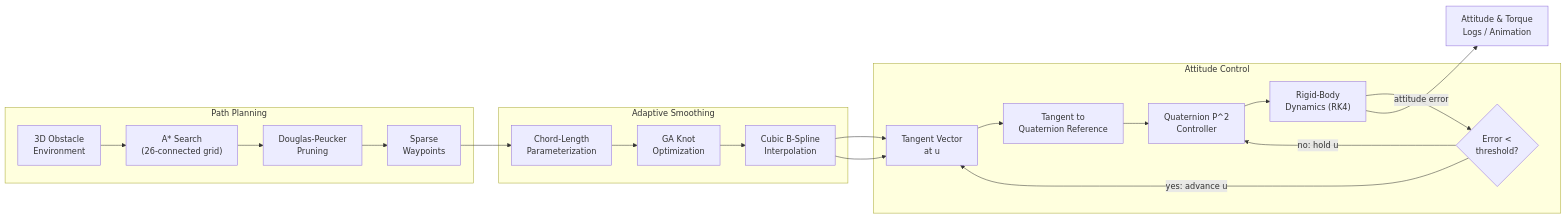
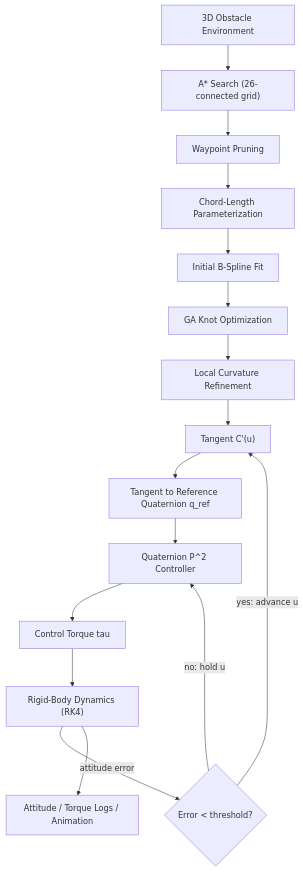
One commit to vignes-vm/Drones_S5_CD8_Adaptive_BSpline_Smoothing_and_Attitude_Control changed the first of 2 diagrams in README.md. Above: the diagram before and after it, drawn with Mermaid. The commit also changed other lines of this file and 1 other file, not shown here.

````diff
--- a/README.md
+++ b/README.md
@@ -16,27 +59,18 @@
 ```mermaid
-flowchart LR
-    subgraph Planning["Path Planning"]
-        A["3D Obstacle\nEnvironment"] --> B["A* Search\n(26-connected grid)"]
-        B --> C["Douglas-Peucker\nPruning"]
-        C --> D["Sparse\nWaypoints"]
-    end
-
-    subgraph Smoothing["Adaptive Smoothing"]
-        D --> E["Chord-Length\nParameterization"]
-        E --> F["GA Knot\nOptimization"]
-        F --> G["Cubic B-Spline\nInterpolation"]
-    end
-
-    subgraph Control["Attitude Control"]
-        G --> H["Tangent Vector\nat u"]
-        H --> I["Tangent to\nQuaternion Reference"]
-        I --> J["Quaternion P^2\nController"]
-        J --> K["Rigid-Body\nDynamics (RK4)"]
-        K -->|"attitude error"| L{"Error <\nthreshold?"}
-        L -->|"yes: advance u"| H
-        L -->|"no: hold u"| J
-    end
-
-    G --> H
-    K --> M["Attitude & Torque\nLogs / Animation"]
+flowchart TD
+    A[3D Obstacle Environment] --> B["A* Search (26-connected grid)"]
+    B --> C[Waypoint Pruning]
+    C --> D[Chord-Length Parameterization]
+    D --> E[Initial B-Spline Fit]
+    E --> F[GA Knot Optimization]
+    F --> G[Local Curvature Refinement]
+    G --> H["Tangent C'(u)"]
+    H --> I[Tangent to Reference Quaternion q_ref]
+    I --> J["Quaternion P^2 Controller"]
+    J --> K[Control Torque tau]
+    K --> L["Rigid-Body Dynamics (RK4)"]
+    L -->|attitude error| M{Error < threshold?}
+    M -->|yes: advance u| H
+    M -->|no: hold u| J
+    L --> N[Attitude / Torque Logs / Animation]
 ```
````
